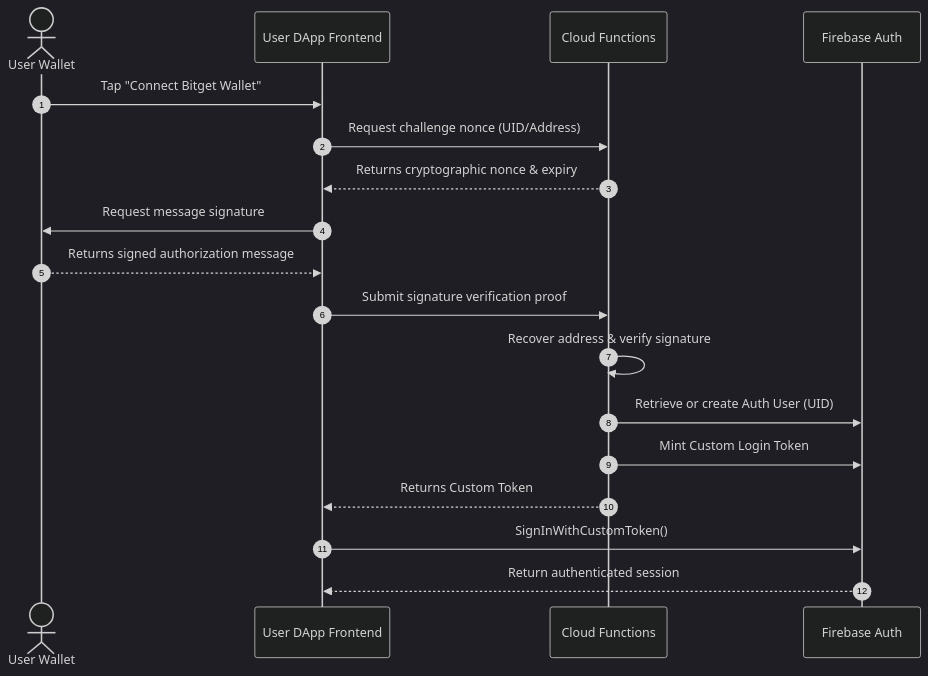
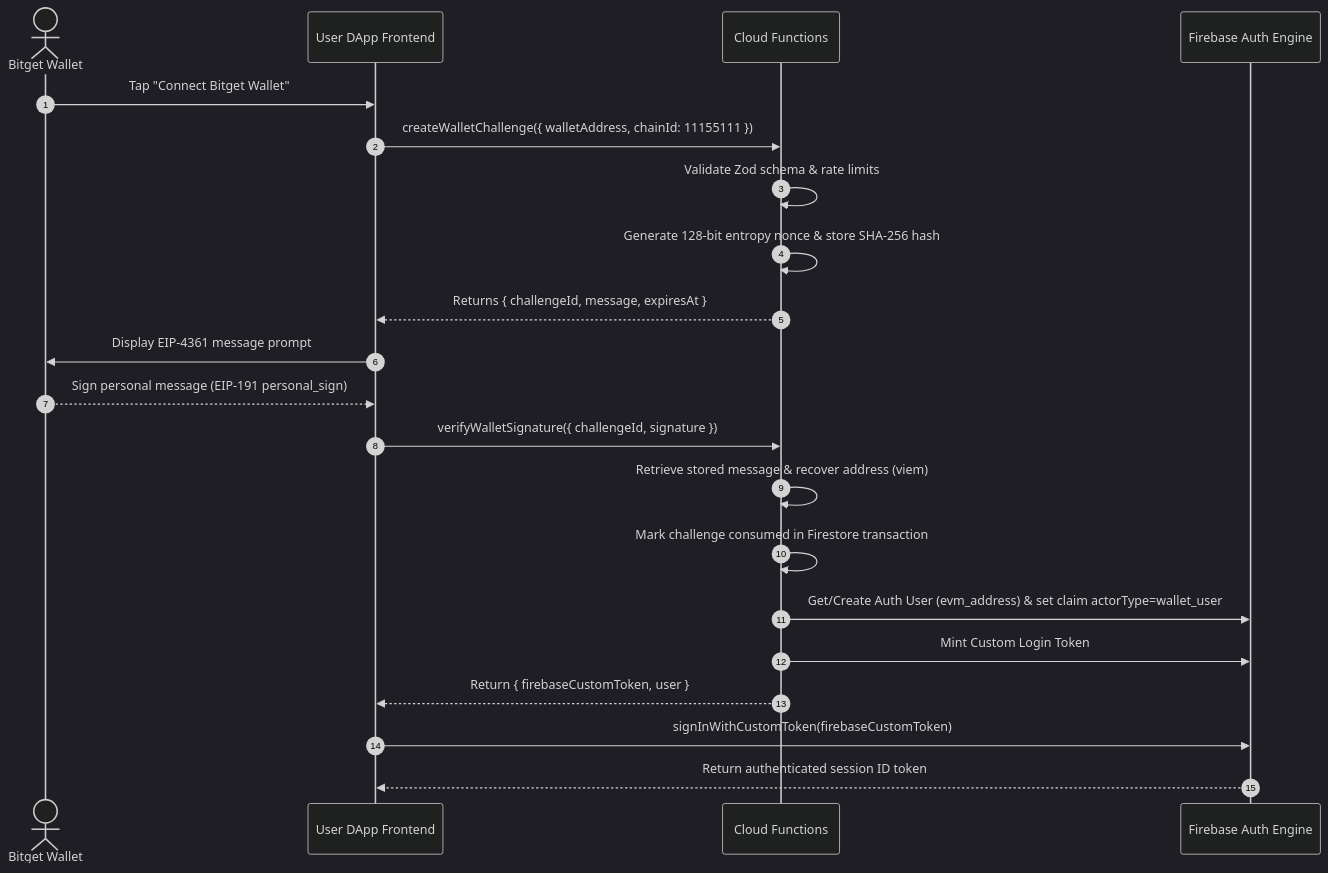
The diagram in docs/architecture.md (the-3-G/Bsps), drawn with Mermaid (dark theme) before and after one commit. The commit also changed other lines of this file and 44 other files, not shown here.

````diff
--- a/docs/architecture.md
+++ b/docs/architecture.md
@@ -76,21 +87,24 @@
 ```mermaid
 sequenceDiagram
   autonumber
-  actor User as User Wallet
+  actor User as Bitget Wallet
   participant DApp as User DApp Frontend
   participant Functions as Cloud Functions
-  participant Auth as Firebase Auth
+  participant Auth as Firebase Auth Engine
 
   User->>DApp: Tap "Connect Bitget Wallet"
-  DApp->>Functions: Request challenge nonce (UID/Address)
-  Functions-->>DApp: Returns cryptographic nonce & expiry
-  DApp->>User: Request message signature
-  User-->>DApp: Returns signed authorization message
-  DApp->>Functions: Submit signature verification proof
-  Functions->>Functions: Recover address & verify signature
-  Functions->>Auth: Retrieve or create Auth User (UID)
+  DApp->>Functions: createWalletChallenge({ walletAddress, chainId: 11155111 })
+  Functions->>Functions: Validate Zod schema & rate limits
+  Functions->>Functions: Generate 128-bit entropy nonce & store SHA-256 hash
+  Functions-->>DApp: Returns { challengeId, message, expiresAt }
+  DApp->>User: Display EIP-4361 message prompt
+  User-->>DApp: Sign personal message (EIP-191 personal_sign)
+  DApp->>Functions: verifyWalletSignature({ challengeId, signature })
+  Functions->>Functions: Retrieve stored message & recover address (viem)
+  Functions->>Functions: Mark challenge consumed in Firestore transaction
+  Functions->>Auth: Get/Create Auth User (evm_address) & set claim actorType=wallet_user
   Functions->>Auth: Mint Custom Login Token
-  Functions-->>DApp: Returns Custom Token
-  DApp->>Auth: SignInWithCustomToken()
-  Auth-->>DApp: Return authenticated session
+  Functions-->>DApp: Return { firebaseCustomToken, user }
+  DApp->>Auth: signInWithCustomToken(firebaseCustomToken)
+  Auth-->>DApp: Return authenticated session ID token
 ```
````
